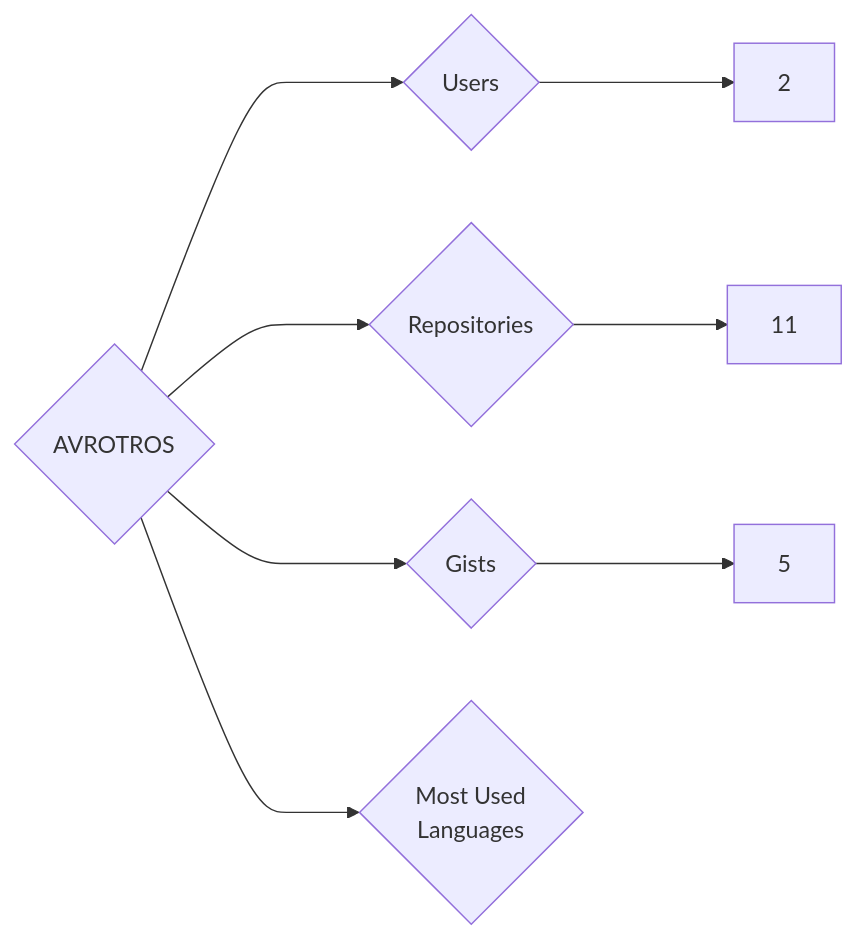
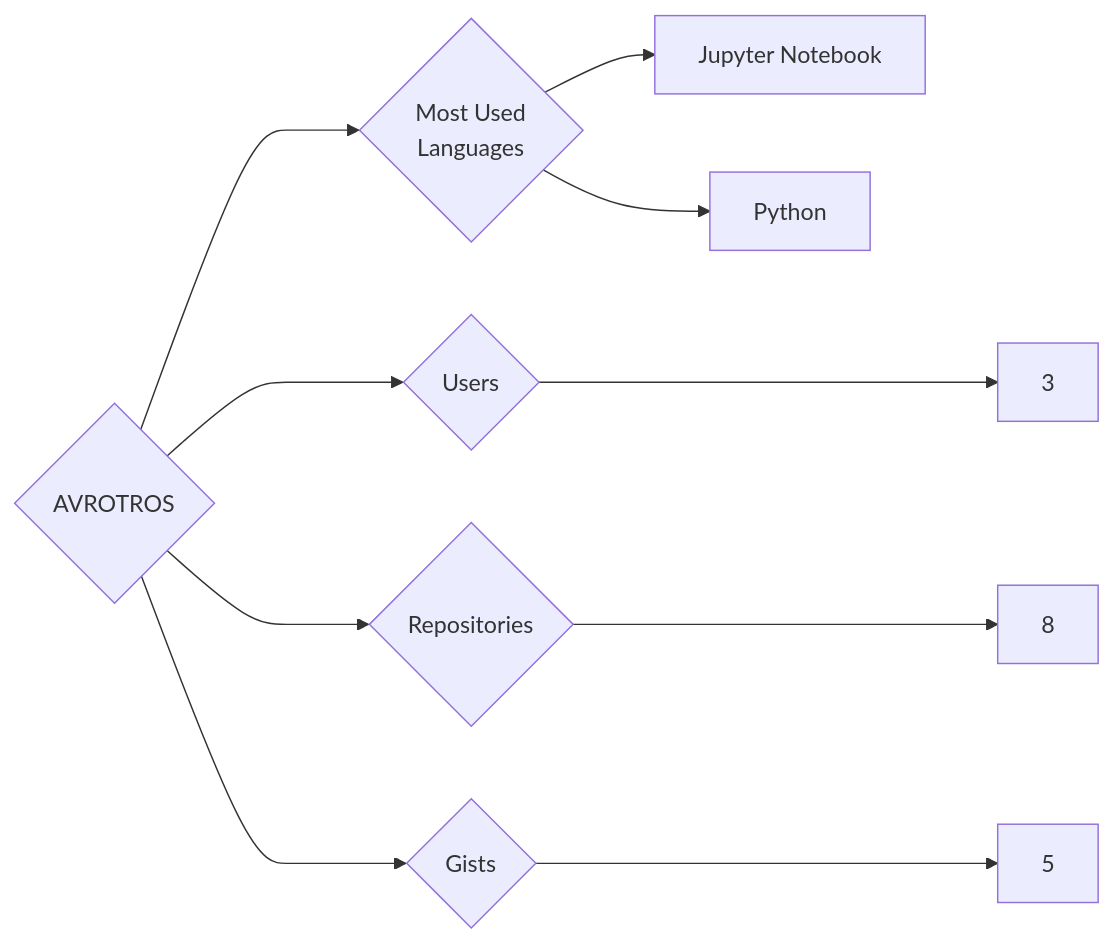
The diagram in targets/AVROTROS/README.md (trickest/insiders), drawn with Mermaid before and after one commit. The commit also changed 900 other files, not shown here.

````diff
--- a/targets/AVROTROS/README.md
+++ b/targets/AVROTROS/README.md
@@ -3,8 +3,10 @@
 ```mermaid
 graph LR
 COMPANY_NAME{AVROTROS}
-COMPANY_NAME ---> U{Users} ---> UN[2]
-COMPANY_NAME ---> R{Repositories} ---> RN[11]
+COMPANY_NAME ---> U{Users} ---> UN[3]
+COMPANY_NAME ---> R{Repositories} ---> RN[8]
 COMPANY_NAME ---> G{Gists} ---> GN[5]
 COMPANY_NAME ---> ML{Most Used<br>Languages}
+ML --> Jupyter_Notebook[Jupyter Notebook]
+ML --> Python[Python]
 ```
````
